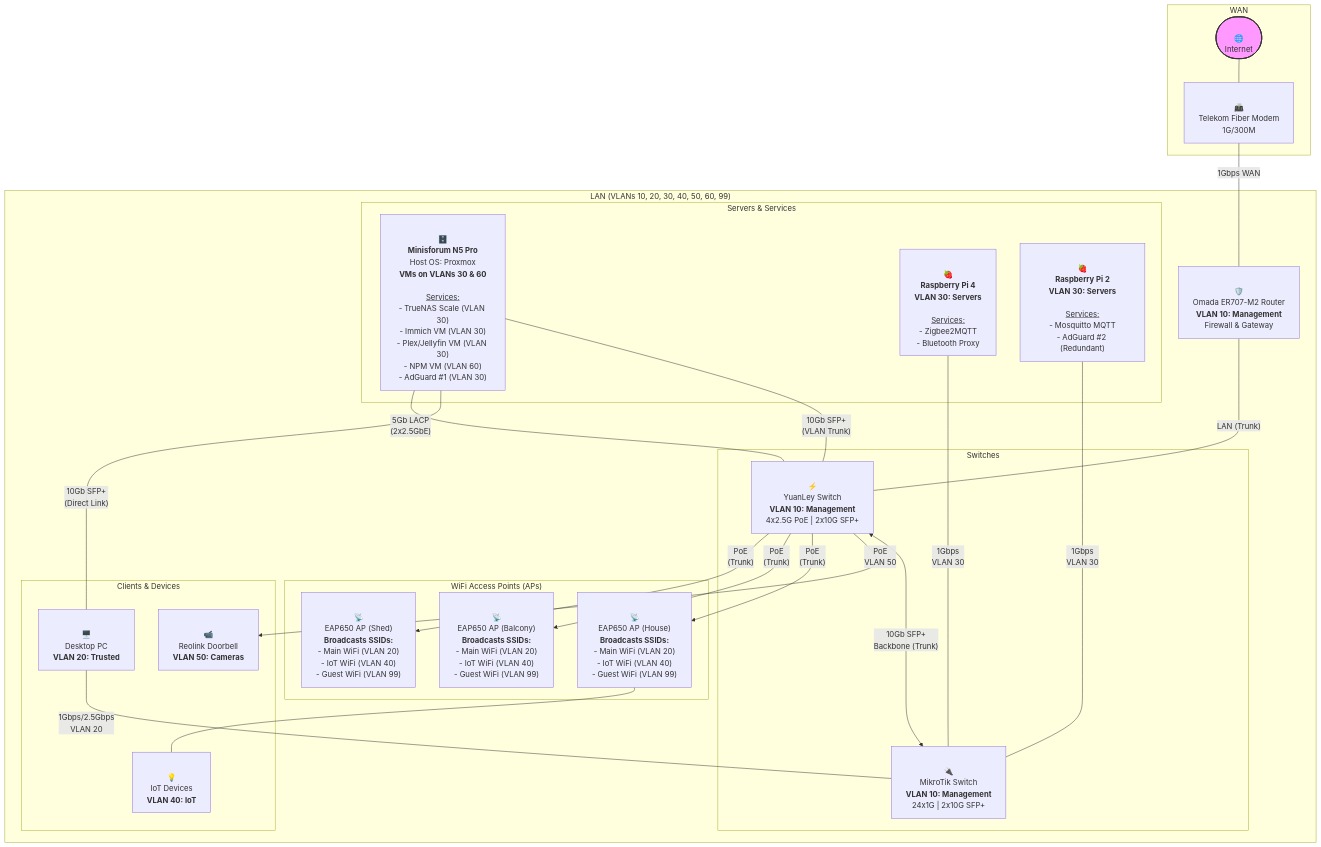
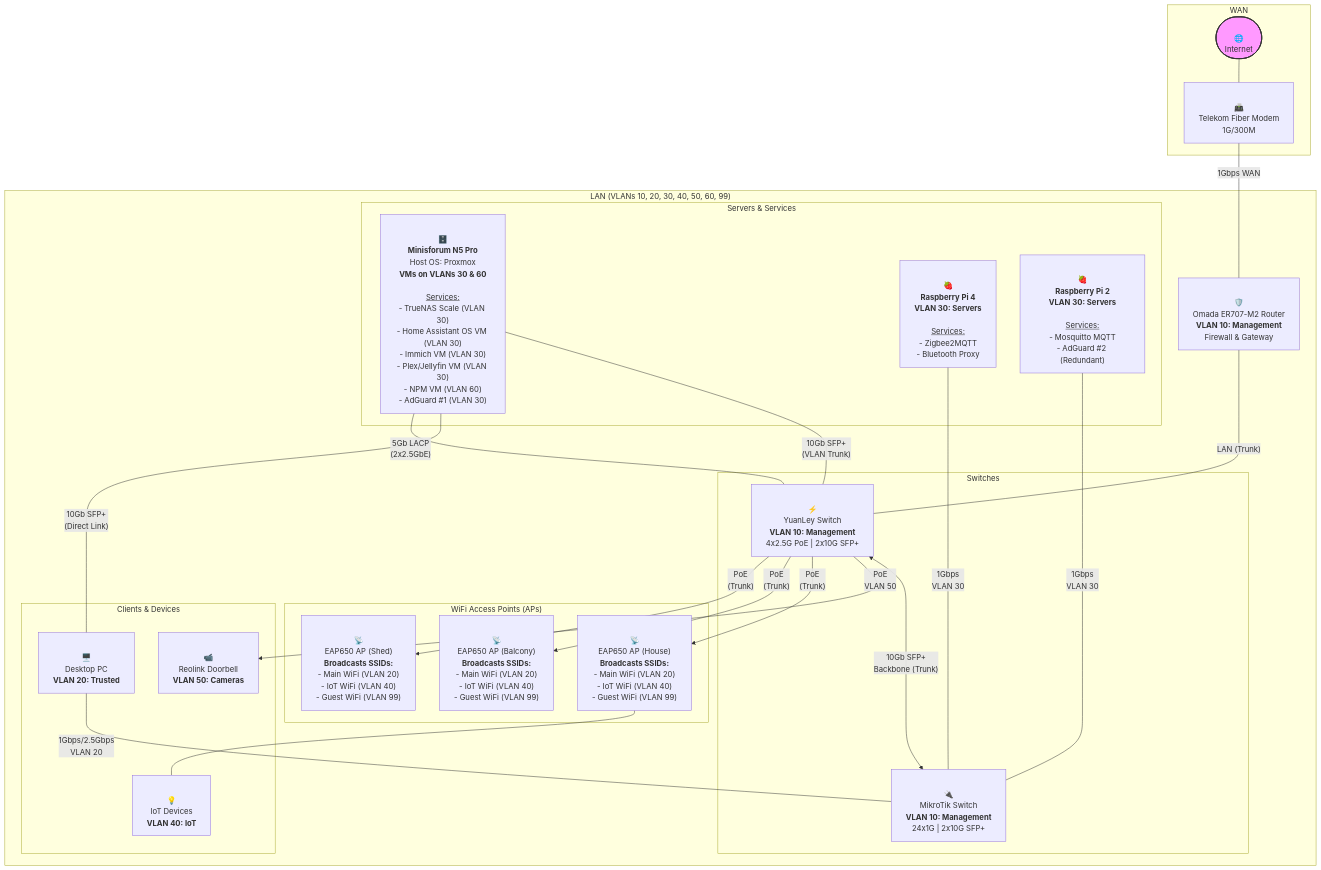
Before and after one commit to LukaPrebil/home-network: the diagram in docs/network.md, drawn with Mermaid.

Commit message:
Add haos to network diagram

````diff
--- a/docs/network.md
+++ b/docs/network.md
@@ -34,59 +34,59 @@
 ```mermaid
 graph TD
     subgraph WAN
         internet([<br>🌐<br>Internet])
         style internet fill:#f9f,stroke:#333,stroke-width:2px
         modem["<br>📠<br>Telekom Fiber Modem<br>1G/300M"]
     end
 
     subgraph "LAN (VLANs 10, 20, 30, 40, 50, 60, 99)"
         router["<br>🛡️<br>Omada ER707-M2 Router<br><b>VLAN 10: Management</b><br>Firewall & Gateway"]
 
         subgraph Switches
             sw_yuanley["<br>⚡<br>YuanLey Switch<br><b>VLAN 10: Management</b><br>4x2.5G PoE | 2x10G SFP+"]
             sw_mikrotik["<br>🔌<br>MikroTik Switch<br><b>VLAN 10: Management</b><br>24x1G | 2x10G SFP+"]
         end
 
         subgraph "WiFi Access Points (APs)"
             ap1["<br>📡<br>EAP650 AP (House)<br><b>Broadcasts SSIDs:</b><br>- Main WiFi (VLAN 20)<br>- IoT WiFi (VLAN 40)<br>- Guest WiFi (VLAN 99)"]
             ap2["<br>📡<br>EAP650 AP (Balcony)<br><b>Broadcasts SSIDs:</b><br>- Main WiFi (VLAN 20)<br>- IoT WiFi (VLAN 40)<br>- Guest WiFi (VLAN 99)"]
             ap3["<br>📡<br>EAP650 AP (Shed)<br><b>Broadcasts SSIDs:</b><br>- Main WiFi (VLAN 20)<br>- IoT WiFi (VLAN 40)<br>- Guest WiFi (VLAN 99)"]
         end
         
         subgraph "Servers & Services"
-            nas["<br>🗄️<br><b>Minisforum N5 Pro</b><br>Host OS: Proxmox<br><b>VMs on VLANs 30 & 60</b><br><br><u>Services:</u><br>- TrueNAS Scale (VLAN 30)<br>- Immich VM (VLAN 30)<br>- Plex/Jellyfin VM (VLAN 30)<br>- NPM VM (VLAN 60)<br>- AdGuard #1 (VLAN 30)"]
+            nas["<br>🗄️<br><b>Minisforum N5 Pro</b><br>Host OS: Proxmox<br><b>VMs on VLANs 30 & 60</b><br><br><u>Services:</u><br>- TrueNAS Scale (VLAN 30)<br>- Home Assistant OS VM (VLAN 30)<br>- Immich VM (VLAN 30)<br>- Plex/Jellyfin VM (VLAN 30)<br>- NPM VM (VLAN 60)<br>- AdGuard #1 (VLAN 30)"]
             rpi4["<br>🍓<br><b>Raspberry Pi 4</b><br><b>VLAN 30: Servers</b><br><br><u>Services:</u><br>- Zigbee2MQTT<br>- Bluetooth Proxy"]
             rpi2["<br>🍓<br><b>Raspberry Pi 2</b><br><b>VLAN 30: Servers</b><br><br><u>Services:</u><br>- Mosquitto MQTT<br>- AdGuard #2 (Redundant)"]
         end
 
         subgraph "Clients & Devices"
             desktop_pc["<br>🖥️<br>Desktop PC<br><b>VLAN 20: Trusted</b>"]
             doorbell["<br>📹<br>Reolink Doorbell<br><b>VLAN 50: Cameras</b>"]
             iot_devices["<br>💡<br>IoT Devices<br><b>VLAN 40: IoT</b>"]
         end
     end
 
     %% --- Connections ---
     internet --- modem
     modem ---|"1Gbps WAN"| router
     
     %% Switch Backbone
     router ---|"LAN (Trunk)"| sw_yuanley
     sw_yuanley <-->|"10Gb SFP+<br>Backbone (Trunk)"| sw_mikrotik
 
     %% Server Connections
     nas ---|"10Gb SFP+<br>(VLAN Trunk)"| sw_yuanley
     nas ---|"10Gb SFP+<br>(Direct Link)"| desktop_pc
     nas ---|"5Gb LACP<br>(2x2.5GbE)"| sw_yuanley
     rpi4 ---|"1Gbps<br>VLAN 30"| sw_mikrotik
     rpi2 ---|"1Gbps<br>VLAN 30"| sw_mikrotik
 
     %% Client & PoE Device Connections
     sw_yuanley --"PoE<br>VLAN 50"--> doorbell
     sw_yuanley --"PoE<br>(Trunk)"--> ap1
     sw_yuanley --"PoE<br>(Trunk)"--> ap2
     sw_yuanley --"PoE<br>(Trunk)"--> ap3
     desktop_pc ---|"1Gbps/2.5Gbps<br>VLAN 20"| sw_mikrotik
     ap1 --- iot_devices
 
 ```
````
